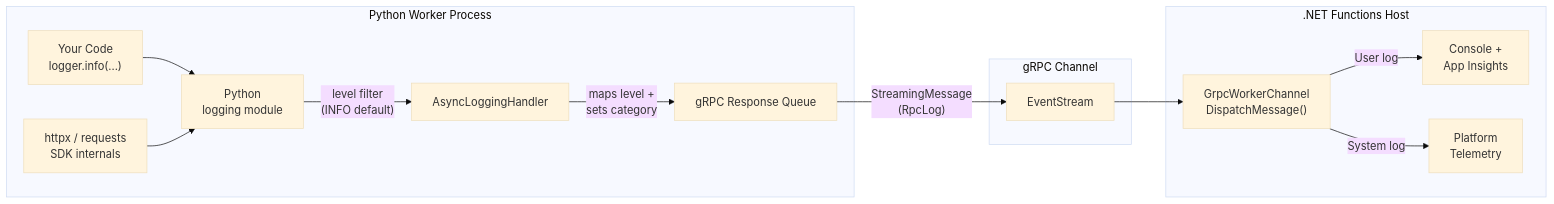
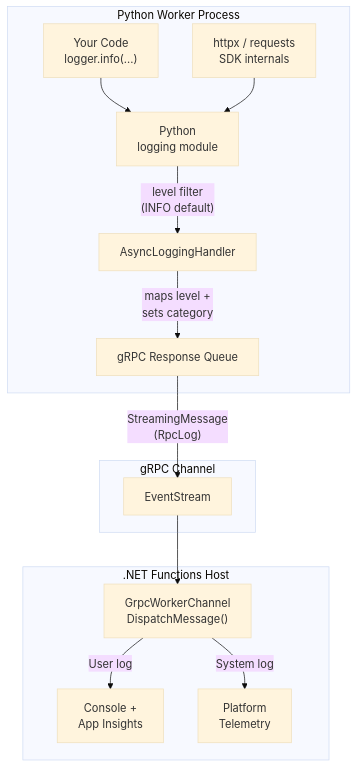
The diagram in README.md (abossard/functions-quickstart-python-http-azd), drawn with Mermaid (base theme) before and after one commit.

Commit message:
Fix mermaid diagram flow direction in README for clarity on Python worker process

````diff
--- a/README.md
+++ b/README.md
@@ -34,19 +34,19 @@
 ```mermaid
-flowchart LR
+flowchart TB
     subgraph python ["Python Worker Process"]
         A["Your Code<br>logger.info(...)"] --> B["Python<br>logging module"]
         C["httpx / requests<br>SDK internals"] --> B
         B -->|"level filter<br>(INFO default)"| D["AsyncLoggingHandler"]
         D -->|"maps level +<br>sets category"| E["gRPC Response Queue"]
     end
 
     subgraph grpc ["gRPC Channel"]
         E -->|"StreamingMessage<br>(RpcLog)"| F["EventStream"]
     end
 
     subgraph dotnet [".NET Functions Host"]
         F --> G["GrpcWorkerChannel<br>DispatchMessage()"]
         G -->|"User log"| H["Console +<br>App Insights"]
         G -->|"System log"| I["Platform<br>Telemetry"]
     end
 ```
````
